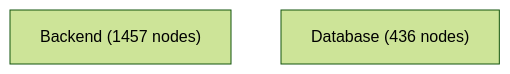
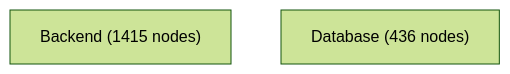
The diagram in docs/architecture-analysis/views/containers.mmd (jankneumann/agentic-coding-tools), drawn with Mermaid (forest theme) before and after one commit. The commit also changed 15 other files, not shown here.

```diff
--- a/docs/architecture-analysis/views/containers.mmd
+++ b/docs/architecture-analysis/views/containers.mmd
@@ -1,3 +1,3 @@
 flowchart TB
-    Backend["Backend (1457 nodes)"]
+    Backend["Backend (1415 nodes)"]
     Database["Database (436 nodes)"]
```
